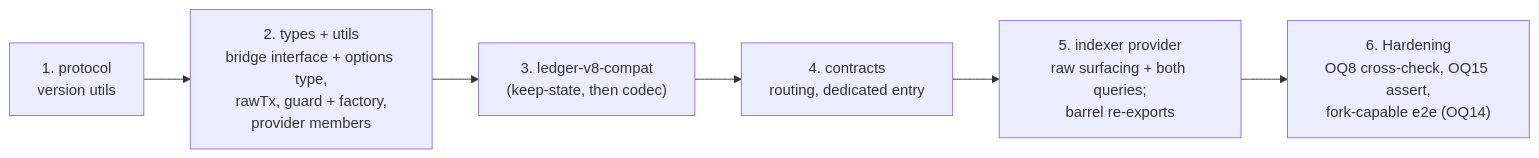
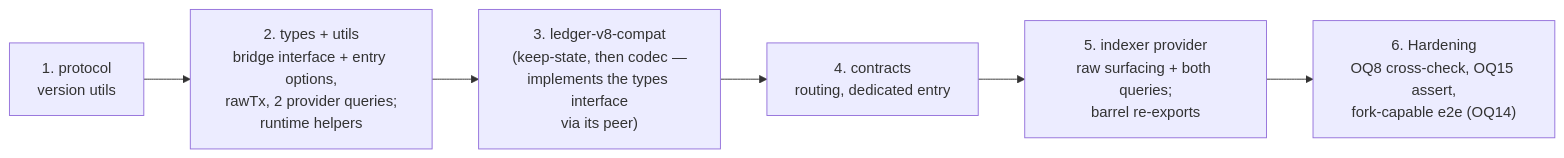
One commit to midnightntwrk/midnight-js changed diagram 11 of 11 in docs/superpowers/architecture/2026-08-05-ledger-v8-v9-dual-support-architecture.md. Above: the diagram before and after it, drawn with Mermaid. The commit also changed other lines of this file, not shown here.

First line of the commit message:
docs: sync HF architecture doc fully with spec v3.8

````diff
--- a/docs/superpowers/architecture/2026-08-05-ledger-v8-v9-dual-support-architecture.md
+++ b/docs/superpowers/architecture/2026-08-05-ledger-v8-v9-dual-support-architecture.md
@@ -515,8 +541,8 @@
 ```mermaid
 flowchart LR
-    s1["1. protocol<br/>version utils"] --> s2["2. types + utils<br/>bridge interface + options type,<br/>rawTx, guard + factory,<br/>provider members"]
-    s2 --> s3["3. ledger-v8-compat<br/>(keep-state, then codec)"]
+    s1["1. protocol<br/>version utils"] --> s2["2. types + utils<br/>bridge interface + entry options,<br/>rawTx, 2 provider queries;<br/>runtime helpers"]
+    s2 --> s3["3. ledger-v8-compat<br/>(keep-state, then codec —<br/>implements the types interface<br/>via its peer)"]
     s3 --> s4["4. contracts<br/>routing, dedicated entry"]
     s4 --> s5["5. indexer provider<br/>raw surfacing + both queries;<br/>barrel re-exports"]
     s5 --> s6["6. Hardening<br/>OQ8 cross-check, OQ15 assert,<br/>fork-capable e2e (OQ14)"]
 ```
````
